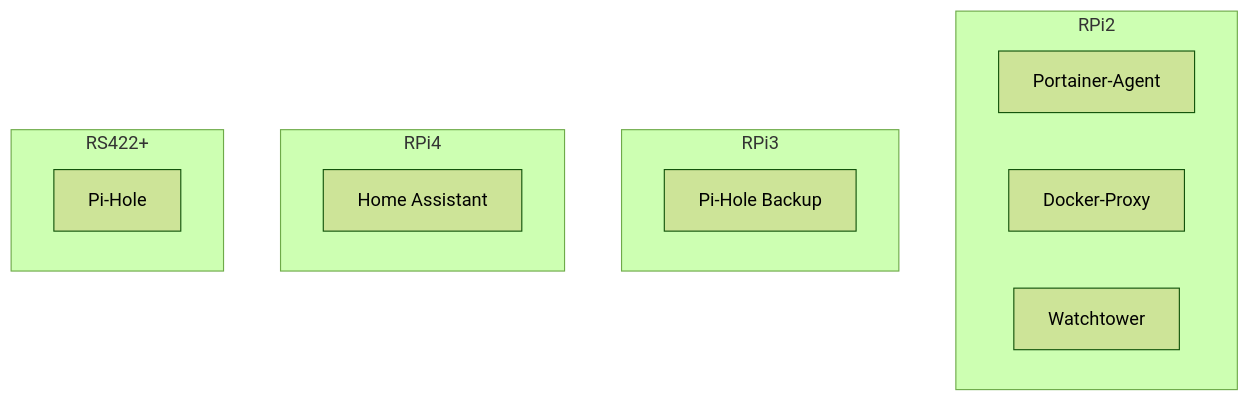
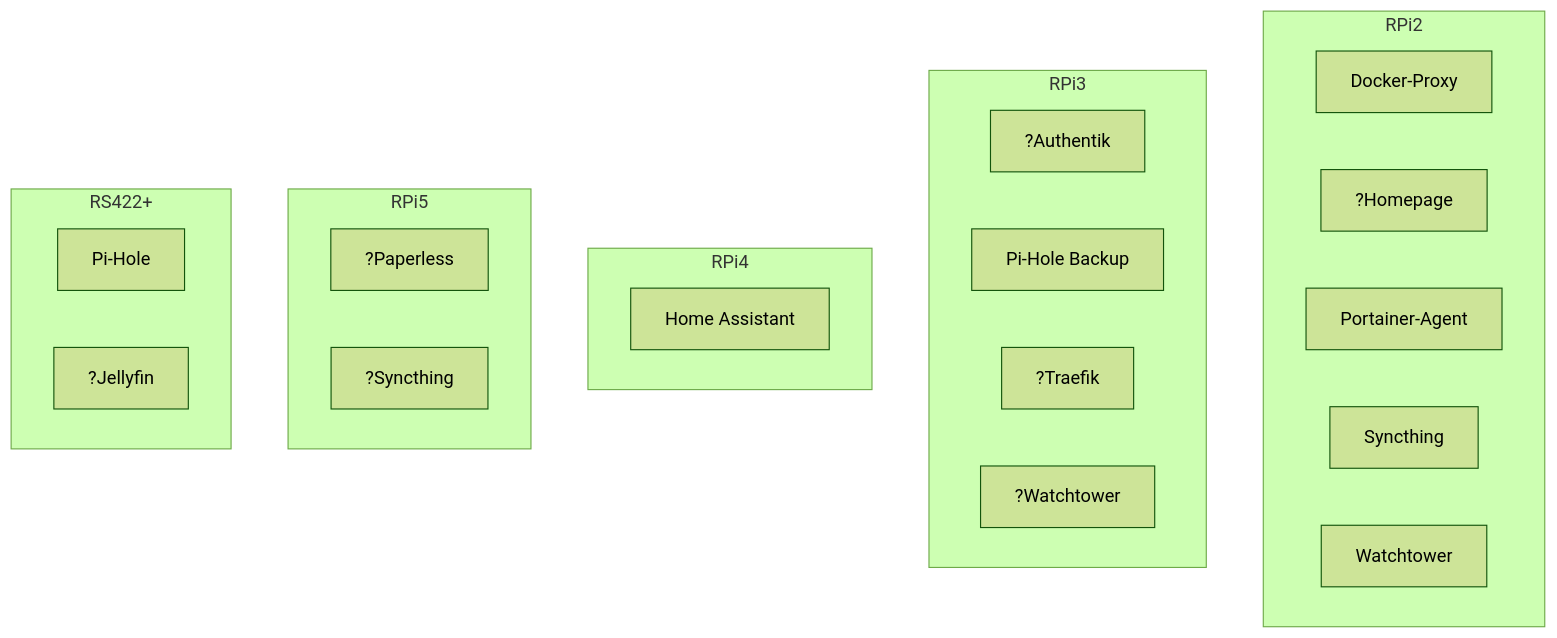
One commit to CFenner/homelab changed the diagram in README.md. Above: the diagram before and after it, drawn with Mermaid (forest theme).

````diff
--- a/README.md
+++ b/README.md
@@ -3,23 +3,36 @@
 ```mermaid
 
 flowchart TD
 
   subgraph RPi2
+    Docker-Proxy
+    ?Homepage
     Portainer-Agent
-    Docker-Proxy
+    Syncthing
     Watchtower
   end
 
   subgraph RPi3
+    ?Authentik
     pihole2[Pi-Hole Backup]
+    ?Traefik
+    ?Watchtower
   end
 
   subgraph RPi4
     ha[Home Assistant]
   end
 
+  subgraph RPi5
+    ?Paperless
+    ?Syncthing
+    ?Watchtower
+  end
+
   subgraph RS422+
     Pi-Hole
+    ?Jellyfin
+    Syncthing
   end
 
 ```
````
